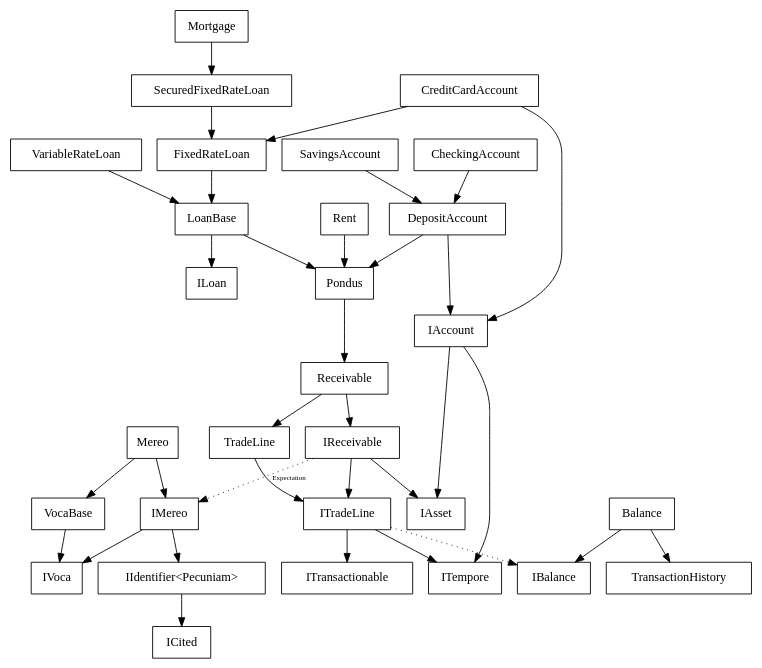
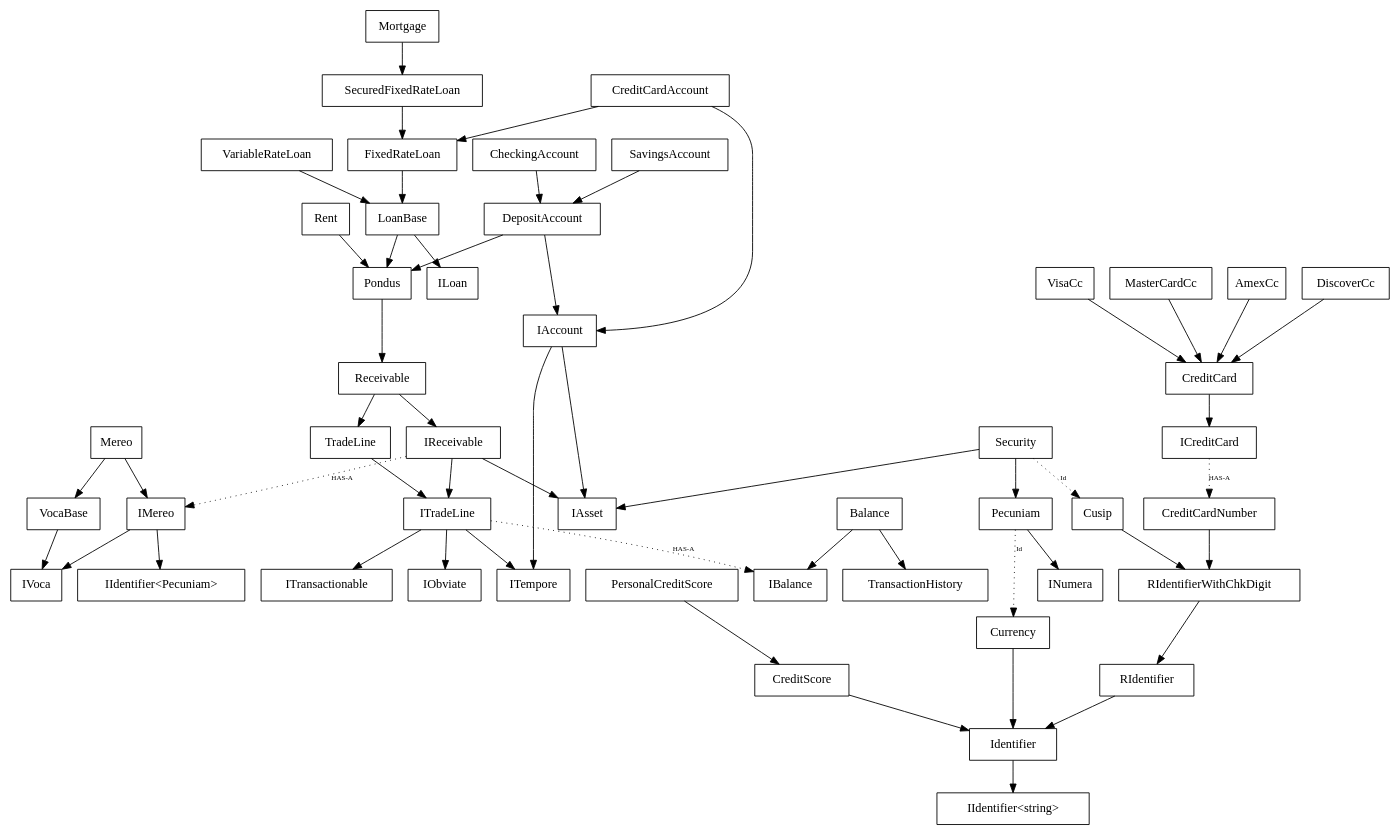
The diagram in trunk/Code/NoFuture/Rand/Sp/__ClassDiagram.gv (nofuture-git/31g), drawn with Graphviz before and after one commit. The commit also changed 12 other files, not shown here.

Commit message:
converted Security into an implementation of IAsset and moved the Expectation property back to Receivable, updated class diagram

```diff
--- a/trunk/Code/NoFuture/Rand/Sp/__ClassDiagram.gv
+++ b/trunk/Code/NoFuture/Rand/Sp/__ClassDiagram.gv
@@ -1,39 +1,59 @@
 digraph noFutureRandDataSp {
     node [fontname=Consolas, shape=box]
     
-    IIdentifier [label="IIdentifier<Pecuniam>"]
+    PecuniamIdentifier [label="IIdentifier<Pecuniam>"]
+    StringId [label="IIdentifier<string>"]
     
     Mortgage -> SecuredFixedRateLoan
     SecuredFixedRateLoan -> FixedRateLoan
     CreditCardAccount -> FixedRateLoan
     CreditCardAccount -> IAccount
     FixedRateLoan -> LoanBase
     LoanBase -> Pondus
     Rent -> Pondus
     CheckingAccount -> DepositAccount
     SavingsAccount -> DepositAccount
     DepositAccount -> Pondus
     DepositAccount -> IAccount
     Receivable -> IReceivable
     Receivable -> TradeLine
     IReceivable -> ITradeLine
     IReceivable -> IAsset
-    IReceivable -> IMereo [style="dotted", label="Expectation",fontname=Consolas, fontsize=8]
+    IReceivable -> IMereo [style="dotted", label="HAS-A",fontname=Consolas, fontsize=8]
     Mereo -> VocaBase
     Mereo -> IMereo
     IMereo -> IVoca
     VocaBase -> IVoca
-    IMereo -> IIdentifier
-    IIdentifier -> ICited
+    IMereo -> PecuniamIdentifier
     LoanBase -> ILoan
     TradeLine -> ITradeLine
     ITradeLine -> ITempore
     ITradeLine -> ITransactionable
+    ITradeLine -> IObviate
     IAccount -> IAsset
     IAccount -> ITempore
     Pondus -> Receivable
-    ITradeLine -> IBalance [style="dotted"]
+    ITradeLine -> IBalance [style="dotted" label="HAS-A",fontname=Consolas, fontsize=8]
     Balance -> IBalance
     Balance -> TransactionHistory
     VariableRateLoan -> LoanBase
+    Security -> IAsset
+    Security -> Pecuniam
+    Security -> Cusip [style="dotted", label="Id",fontname=Consolas, fontsize=8]
+    Cusip -> RIdentifierWithChkDigit
+    RIdentifierWithChkDigit -> RIdentifier
+    RIdentifier -> Identifier
+    Pecuniam -> Currency [style="dotted", label="Id",fontname=Consolas, fontsize=8]
+    Currency -> Identifier
+    Pecuniam -> INumera
+    CreditScore -> Identifier
+    PersonalCreditScore -> CreditScore
+    CreditCardNumber -> RIdentifierWithChkDigit
+    VisaCc -> CreditCard
+    MasterCardCc -> CreditCard
+    AmexCc -> CreditCard
+    DiscoverCc -> CreditCard
+    CreditCard -> ICreditCard
+    ICreditCard -> CreditCardNumber [style="dotted" label="HAS-A",fontname=Consolas, fontsize=8]
+    Identifier -> StringId
 }
```
